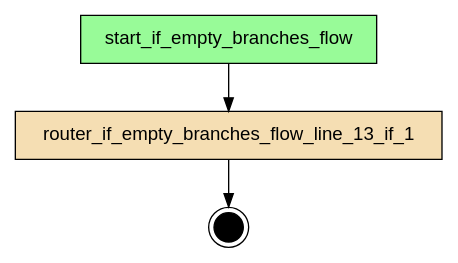
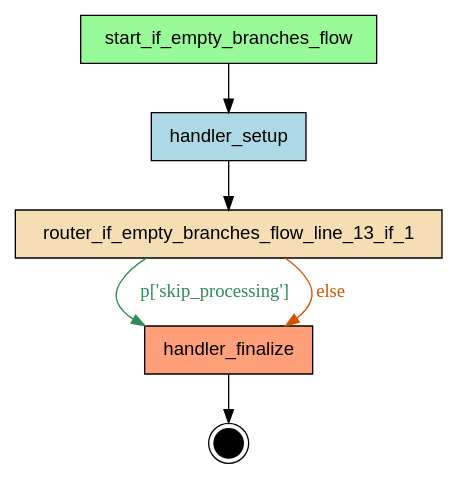
Before and after one commit to deliveryhero/asya: the diagram in examples/flows/compiled/if_all_empty_branches/flow.dot, drawn with Graphviz. The commit also changed 625 other files, not shown here.

```diff
--- a/examples/flows/compiled/if_all_empty_branches/flow.dot
+++ b/examples/flows/compiled/if_all_empty_branches/flow.dot
@@ -1,14 +1,19 @@
 digraph "if_empty_branches_flow" {
     rankdir=TB;
     node [shape=box, style=filled, fontname="Helvetica"];
 
     { rank=source; start_if_empty_branches_flow; }
 
+    handler_finalize [label="handler_finalize", fillcolor=lightsalmon];
+    handler_setup [label="handler_setup", fillcolor=lightblue];
     router_if_empty_branches_flow_line_13_if_1 [label="router_if_empty_branches_flow_line_13_if_1", fillcolor=wheat];
     start_if_empty_branches_flow [label="start_if_empty_branches_flow", fillcolor=palegreen];
 
     __end__ [label="", shape=doublecircle, fillcolor=black, width=0.3, fixedsize=true];
 
-    start_if_empty_branches_flow -> router_if_empty_branches_flow_line_13_if_1;
-    router_if_empty_branches_flow_line_13_if_1 -> __end__;
+    start_if_empty_branches_flow -> handler_setup;
+    handler_setup -> router_if_empty_branches_flow_line_13_if_1;
+    router_if_empty_branches_flow_line_13_if_1 -> handler_finalize [label="p['skip_processing']", color="#2E8B57", fontcolor="#2E8B57"];
+    router_if_empty_branches_flow_line_13_if_1 -> handler_finalize [label="else", color="#D35400", fontcolor="#D35400"];
+    handler_finalize -> __end__;
 }
```
